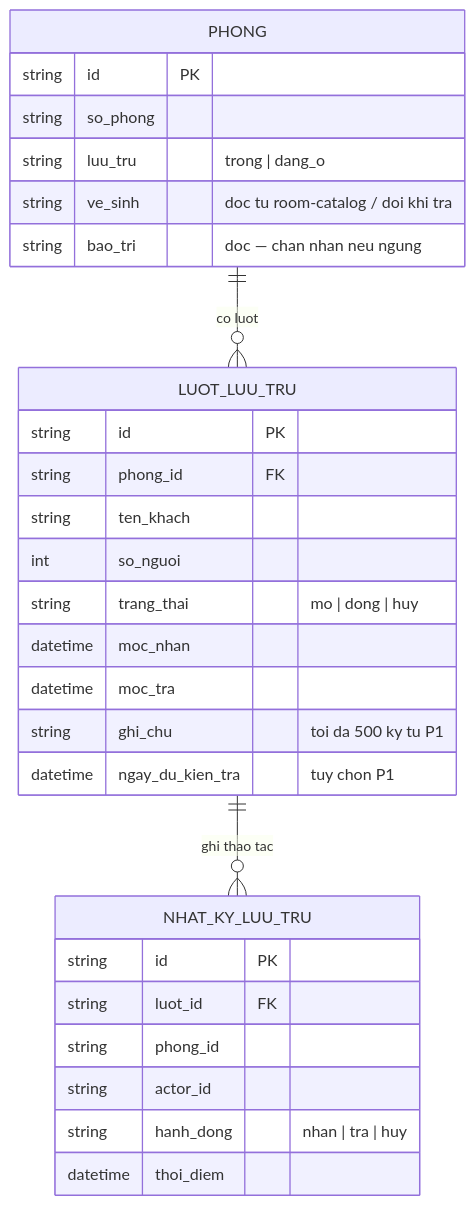
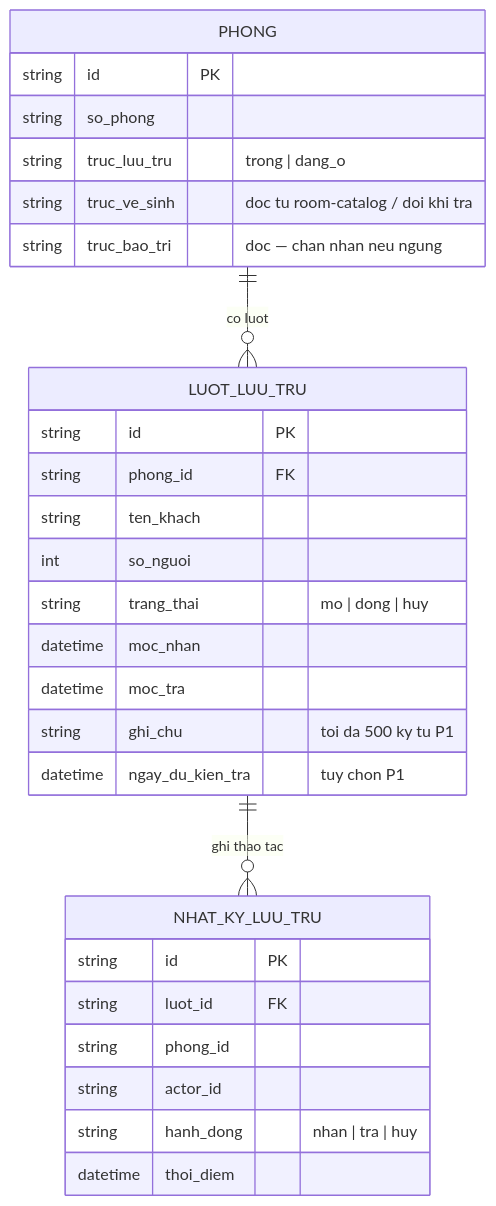
The diagram in docs/features/check-in-out/srs/check-in-out-erd.md (DatTran26/khachsan-di-dong), drawn with Mermaid before and after one commit. The commit also changed 101 other files, not shown here.

````diff
--- a/docs/features/check-in-out/srs/check-in-out-erd.md
+++ b/docs/features/check-in-out/srs/check-in-out-erd.md
@@ -9,34 +9,34 @@
 ```mermaid
 erDiagram
     PHONG ||--o{ LUOT_LUU_TRU : "co luot"
     LUOT_LUU_TRU ||--o{ NHAT_KY_LUU_TRU : "ghi thao tac"
 
     PHONG {
         string id PK
         string so_phong
-        string luu_tru "trong | dang_o"
-        string ve_sinh "doc tu room-catalog / doi khi tra"
-        string bao_tri "doc — chan nhan neu ngung"
+        string truc_luu_tru "trong | dang_o"
+        string truc_ve_sinh "doc tu room-catalog / doi khi tra"
+        string truc_bao_tri "doc — chan nhan neu ngung"
     }
 
     LUOT_LUU_TRU {
         string id PK
         string phong_id FK
         string ten_khach
         int so_nguoi
         string trang_thai "mo | dong | huy"
         datetime moc_nhan
         datetime moc_tra
         string ghi_chu "toi da 500 ky tu P1"
         datetime ngay_du_kien_tra "tuy chon P1"
     }
 
     NHAT_KY_LUU_TRU {
         string id PK
         string luot_id FK
         string phong_id
         string actor_id
         string hanh_dong "nhan | tra | huy"
         datetime thoi_diem
     }
 ```
````
